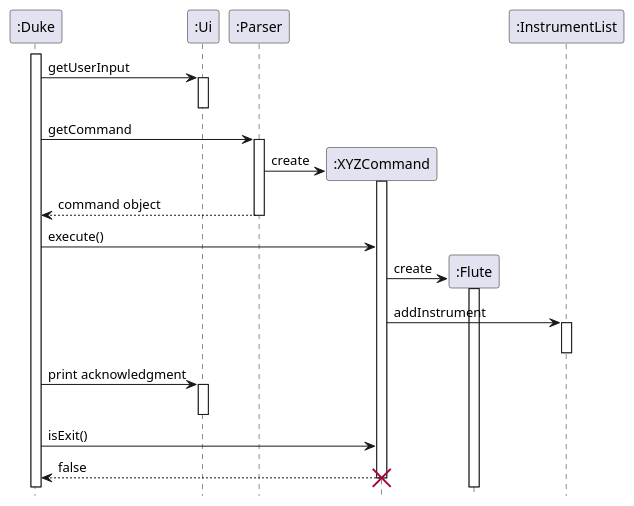
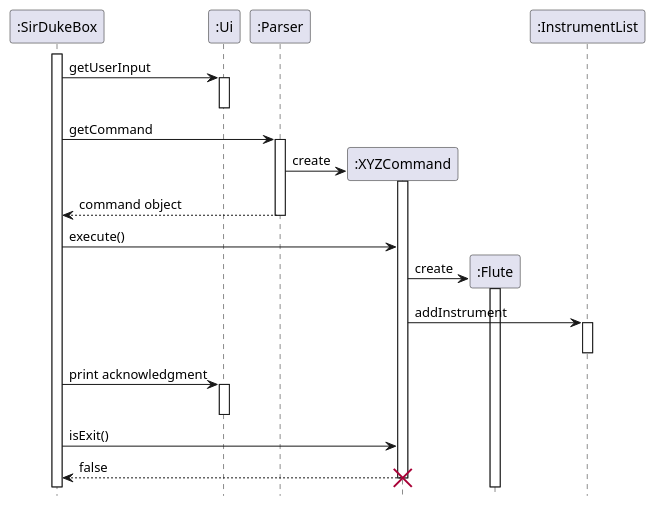
The diagram in docs/uml-diagrams/uml-source/ArchiSequenceDiagram.puml (adoorknob/tp), drawn with PlantUML before and after one commit. The commit also changed 7 other files, not shown here.

Commit message:
Add UML diagrams for Storage

```diff
--- a/docs/uml-diagrams/uml-source/ArchiSequenceDiagram.puml
+++ b/docs/uml-diagrams/uml-source/ArchiSequenceDiagram.puml
@@ -1,30 +1,30 @@
 @startuml
 hide footbox
-participant Duke as ":Duke"
-activate Duke
+participant SirDukeBox as ":SirDukeBox"
+activate SirDukeBox
 participant Ui as ":Ui"
 participant Parser as ":Parser"
 
-    Duke -> Ui : getUserInput
+    SirDukeBox -> Ui : getUserInput
     activate Ui
     deactivate Ui
-    Duke -> Parser : getCommand
+    SirDukeBox -> Parser : getCommand
     activate Parser
     Parser -> ":XYZCommand" ** : create
     activate ":XYZCommand"
-    Duke <-- Parser : command object
+    SirDukeBox <-- Parser : command object
     deactivate Parser
-    Duke -> ":XYZCommand" : execute()
+    SirDukeBox -> ":XYZCommand" : execute()
     ":XYZCommand" -> ":Flute" ** : create
     activate ":Flute"
     ":XYZCommand" -> ":InstrumentList" : addInstrument
     activate ":InstrumentList"
     deactivate ":InstrumentList"
-    Duke -> Ui : print acknowledgment
+    SirDukeBox -> Ui : print acknowledgment
     activate Ui
     deactivate Ui
-    Duke -> ":XYZCommand" : isExit()
-    Duke <-- ":XYZCommand" : false
+    SirDukeBox -> ":XYZCommand" : isExit()
+    SirDukeBox <-- ":XYZCommand" : false
     destroy ":XYZCommand"
 
 @enduml
```
